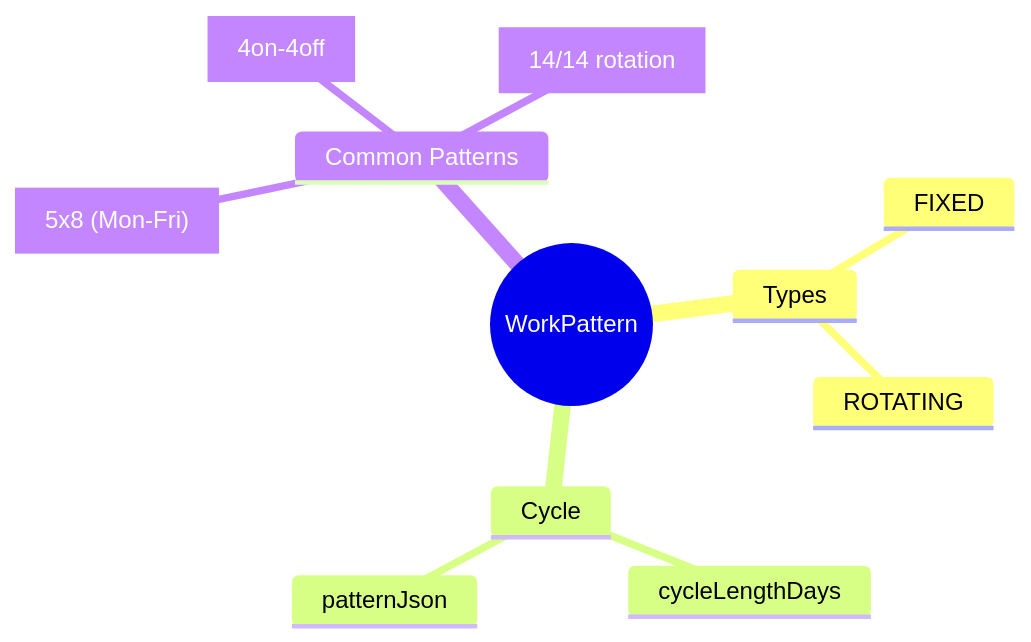
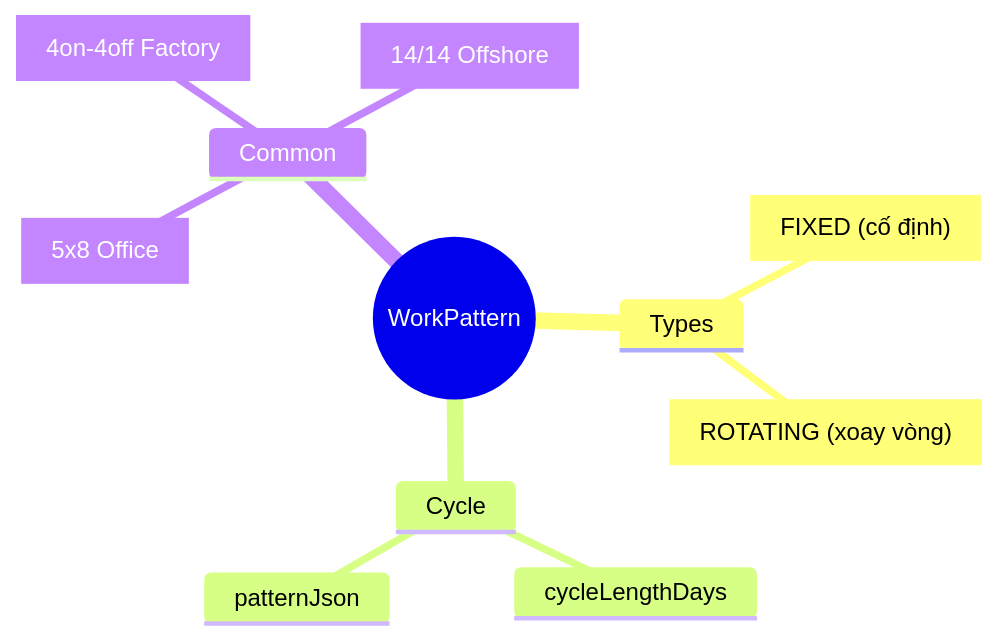
Before and after one commit to a4b-corporation/xTalent: the first of 3 diagrams in docs/01-modules/TA/00-ontology/domain/scheduling/work-pattern.onto.md, drawn with Mermaid. The commit also changed other lines of this file and 12 other files, not shown here.

````diff
--- a/docs/01-modules/TA/00-ontology/domain/scheduling/work-pattern.onto.md
+++ b/docs/01-modules/TA/00-ontology/domain/scheduling/work-pattern.onto.md
@@ -121,14 +126,14 @@
 ```mermaid
 mindmap
   root((WorkPattern))
     Types
-      FIXED
-      ROTATING
+      FIXED["FIXED (cố định)"]
+      ROTATING["ROTATING (xoay vòng)"]
     Cycle
       cycleLengthDays
       patternJson
-    Common Patterns
-      5x8["5x8 (Mon-Fri)"]
-      4on4off["4on-4off"]
-      rotating["14/14 rotation"]
+    Common
+      5x8["5x8 Office"]
+      4on4off["4on-4off Factory"]
+      offshore["14/14 Offshore"]
 ```
````
